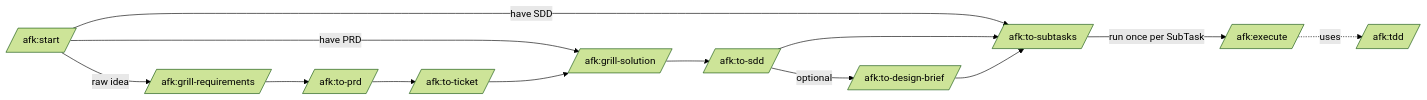
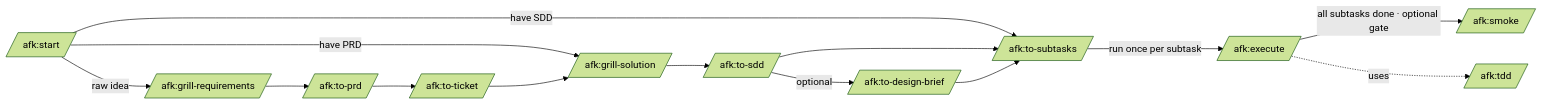
Before and after one commit to midnightblur/afk-driver: the diagram in README.md, drawn with Mermaid (forest theme). The commit also changed other lines of this file and 7 other files, not shown here.

First line of the commit message:
feat(smoke): add /afk:smoke feature-level smoke gate

````diff
--- a/README.md
+++ b/README.md
@@ -17,12 +18,13 @@
 ```mermaid
 graph LR
     Start[/afk:start/] -->|raw idea| Grill[/afk:grill-requirements/]
     Start -->|have PRD| AG[/afk:grill-solution/]
     Start -->|have SDD| Sub[/afk:to-subtasks/]
     Grill --> Prd[/afk:to-prd/] --> Ticket[/afk:to-ticket/] --> AG --> Sdd[/afk:to-sdd/]
     Sdd -->|optional| Brief[/afk:to-design-brief/]
     Sdd --> Sub
     Brief --> Sub
-    Sub -->|run once per SubTask| Exec[/afk:execute/]
+    Sub -->|run once per subtask| Exec[/afk:execute/]
+    Exec -->|all subtasks done · optional gate| Smoke[/afk:smoke/]
     Exec -.uses.-> Tdd[/afk:tdd/]
 ```
````
